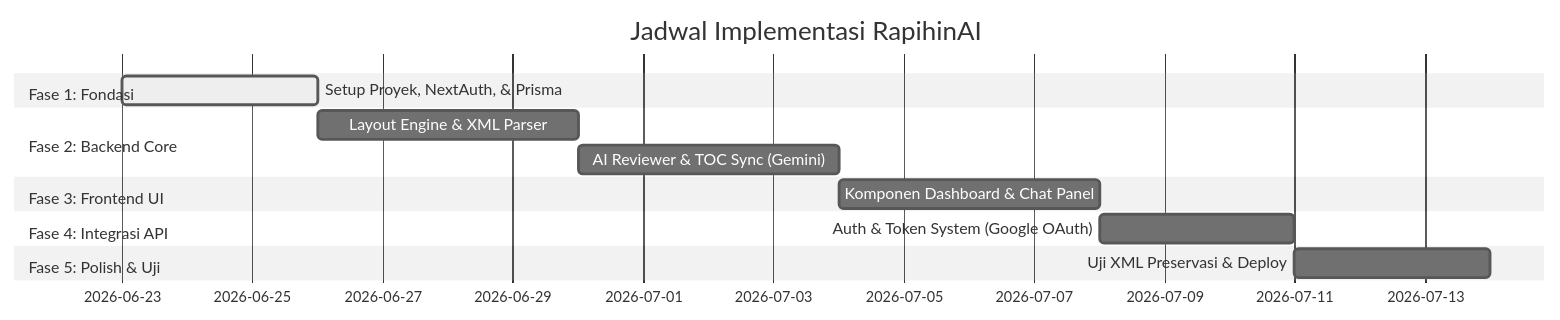
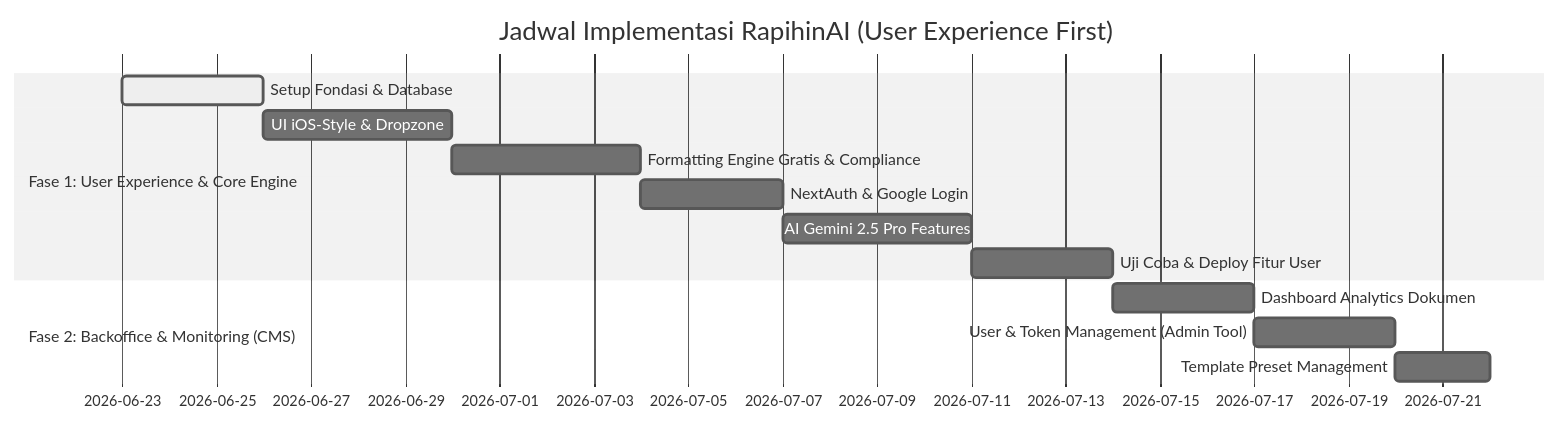
The diagram in docs/ROADMAP.md (ilsetiawan1/rapihin-ai), drawn with Mermaid (neutral theme) before and after one commit. The commit also changed other lines of this file and 3 other files, not shown here.

Commit message:
docs: restrukturisasi roadmap user-first, tambah spesifikasi CMS, dan pisahkan DATABASE.md

````diff
--- a/docs/ROADMAP.md
+++ b/docs/ROADMAP.md
@@ -9,16 +9,16 @@
 ```mermaid
 gantt
-    title Jadwal Implementasi RapihinAI
+    title Jadwal Implementasi RapihinAI (User Experience First)
     dateFormat  YYYY-MM-DD
-    section Fase 1: Fondasi
-    Setup Proyek, NextAuth, & Prisma    :active, des1, 2026-06-23, 3d
-    section Fase 2: Backend Core
-    Layout Engine & XML Parser           : des2, after des1, 4d
-    AI Reviewer & TOC Sync (Gemini)      : des3, after des2, 4d
-    section Fase 3: Frontend UI
-    Komponen Dashboard & Chat Panel     : des4, after des3, 4d
-    section Fase 4: Integrasi API
-    Auth & Token System (Google OAuth)  : des5, after des4, 3d
-    section Fase 5: Polish & Uji
-    Uji XML Preservasi & Deploy          : des6, after des5, 3d
+    section Fase 1: User Experience & Core Engine
+    Setup Fondasi & Database            :active, des1, 2026-06-23, 3d
+    UI iOS-Style & Dropzone             : des2, after des1, 4d
+    Formatting Engine Gratis & Compliance: des3, after des2, 4d
+    NextAuth & Google Login             : des4, after des3, 3d
+    AI Gemini 2.5 Pro Features          : des5, after des4, 4d
+    Uji Coba & Deploy Fitur User        : des6, after des5, 3d
+    section Fase 2: Backoffice & Monitoring (CMS)
+    Dashboard Analytics Dokumen         : des7, after des6, 3d
+    User & Token Management (Admin Tool): des8, after des7, 3d
+    Template Preset Management          : des9, after des8, 2d
 ```
````
